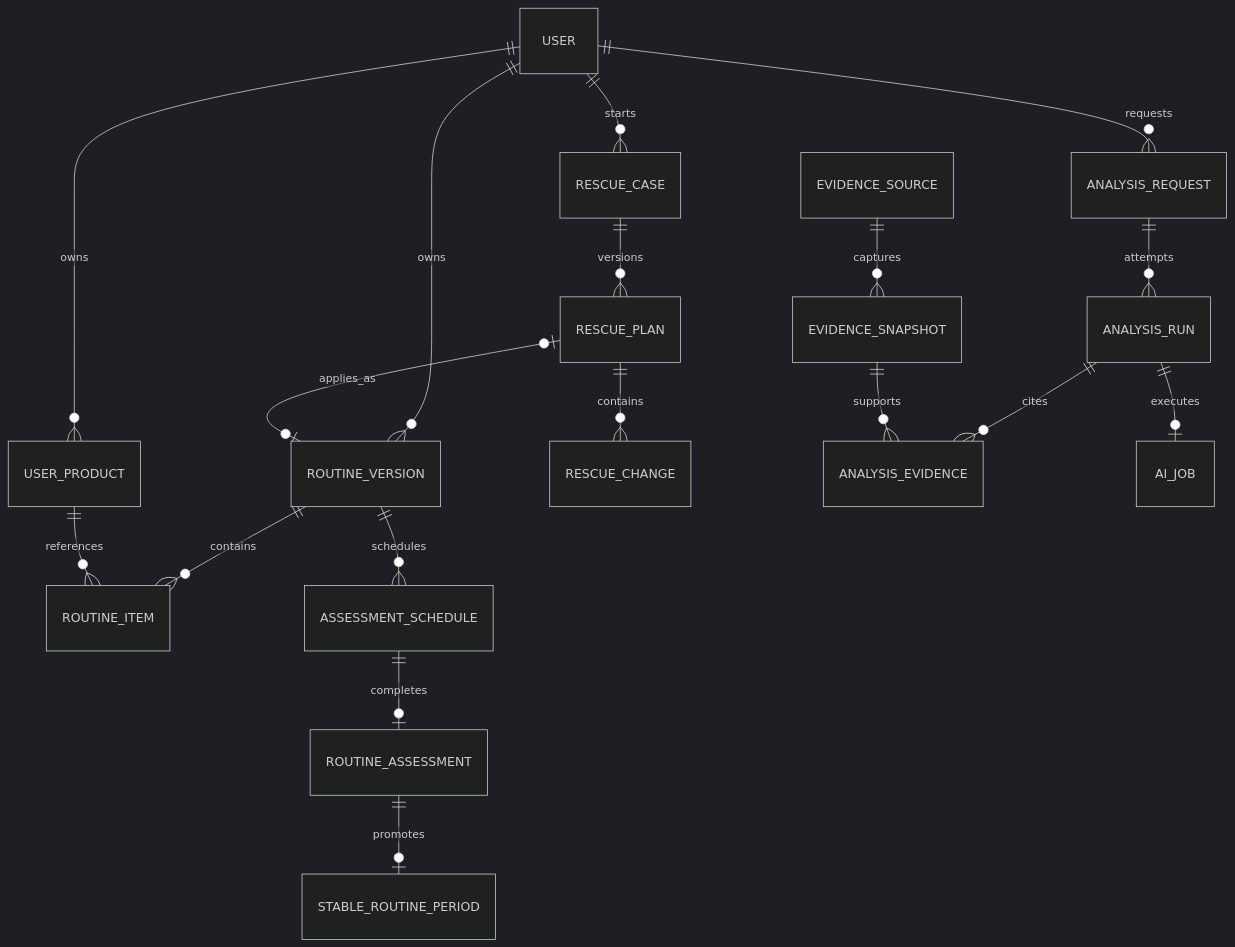
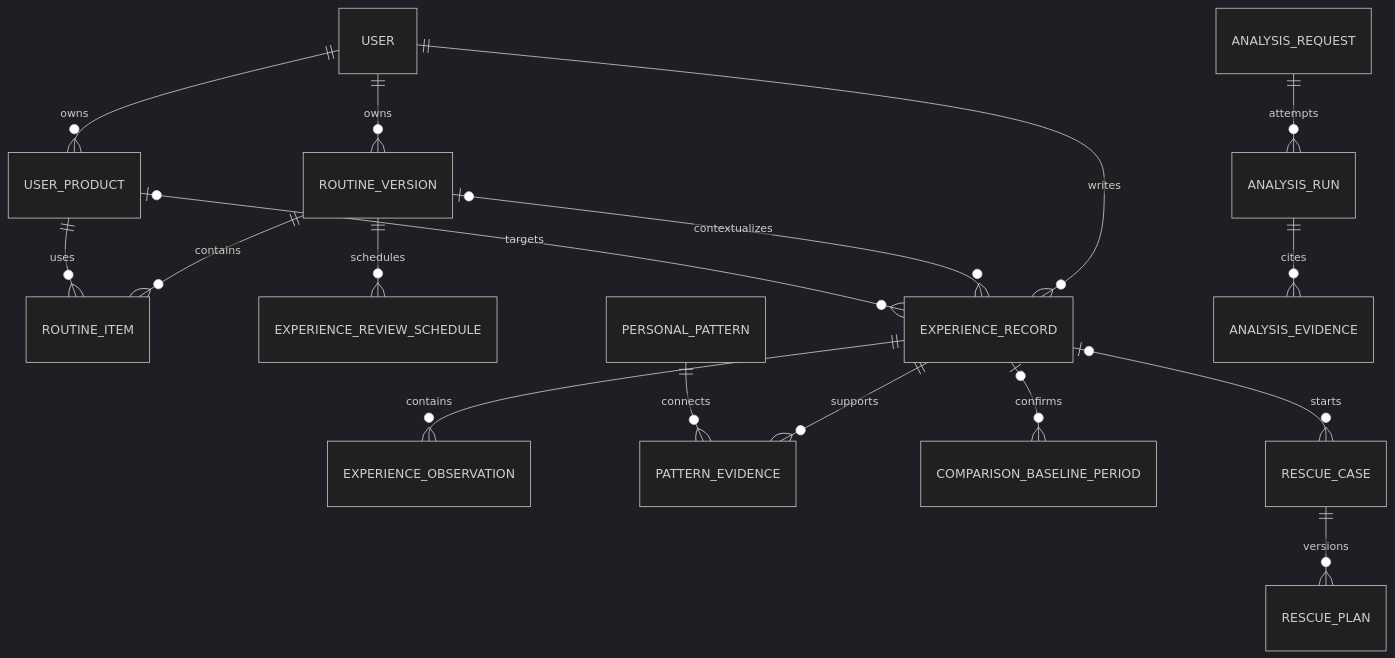
One commit to Sehoon-Jeong/app changed the diagram in docs/06-data-model/README.md. Above: the diagram before and after it, drawn with Mermaid (dark theme). The commit also changed other lines of this file and 28 other files, not shown here.

````diff
--- a/docs/06-data-model/README.md
+++ b/docs/06-data-model/README.md
@@ -26,20 +19,19 @@
 ```mermaid
 erDiagram
   USER ||--o{ USER_PRODUCT : owns
   USER ||--o{ ROUTINE_VERSION : owns
   ROUTINE_VERSION ||--o{ ROUTINE_ITEM : contains
-  USER_PRODUCT ||--o{ ROUTINE_ITEM : references
-  ROUTINE_VERSION ||--o{ ASSESSMENT_SCHEDULE : schedules
-  ASSESSMENT_SCHEDULE ||--o| ROUTINE_ASSESSMENT : completes
-  ROUTINE_ASSESSMENT ||--o| STABLE_ROUTINE_PERIOD : promotes
-  USER ||--o{ RESCUE_CASE : starts
+  USER_PRODUCT ||--o{ ROUTINE_ITEM : uses
+  ROUTINE_VERSION ||--o{ EXPERIENCE_REVIEW_SCHEDULE : schedules
+  USER ||--o{ EXPERIENCE_RECORD : writes
+  ROUTINE_VERSION o|--o{ EXPERIENCE_RECORD : contextualizes
+  USER_PRODUCT o|--o{ EXPERIENCE_RECORD : targets
+  EXPERIENCE_RECORD ||--o{ EXPERIENCE_OBSERVATION : contains
+  EXPERIENCE_RECORD ||--o{ PATTERN_EVIDENCE : supports
+  PERSONAL_PATTERN ||--o{ PATTERN_EVIDENCE : connects
+  EXPERIENCE_RECORD o|--o{ COMPARISON_BASELINE_PERIOD : confirms
+  EXPERIENCE_RECORD o|--o{ RESCUE_CASE : starts
   RESCUE_CASE ||--o{ RESCUE_PLAN : versions
-  RESCUE_PLAN ||--o{ RESCUE_CHANGE : contains
-  RESCUE_PLAN o|--o| ROUTINE_VERSION : applies_as
-  USER ||--o{ ANALYSIS_REQUEST : requests
   ANALYSIS_REQUEST ||--o{ ANALYSIS_RUN : attempts
   ANALYSIS_RUN ||--o{ ANALYSIS_EVIDENCE : cites
-  EVIDENCE_SOURCE ||--o{ EVIDENCE_SNAPSHOT : captures
-  EVIDENCE_SNAPSHOT ||--o{ ANALYSIS_EVIDENCE : supports
-  ANALYSIS_RUN ||--o| AI_JOB : executes
 ```
````
